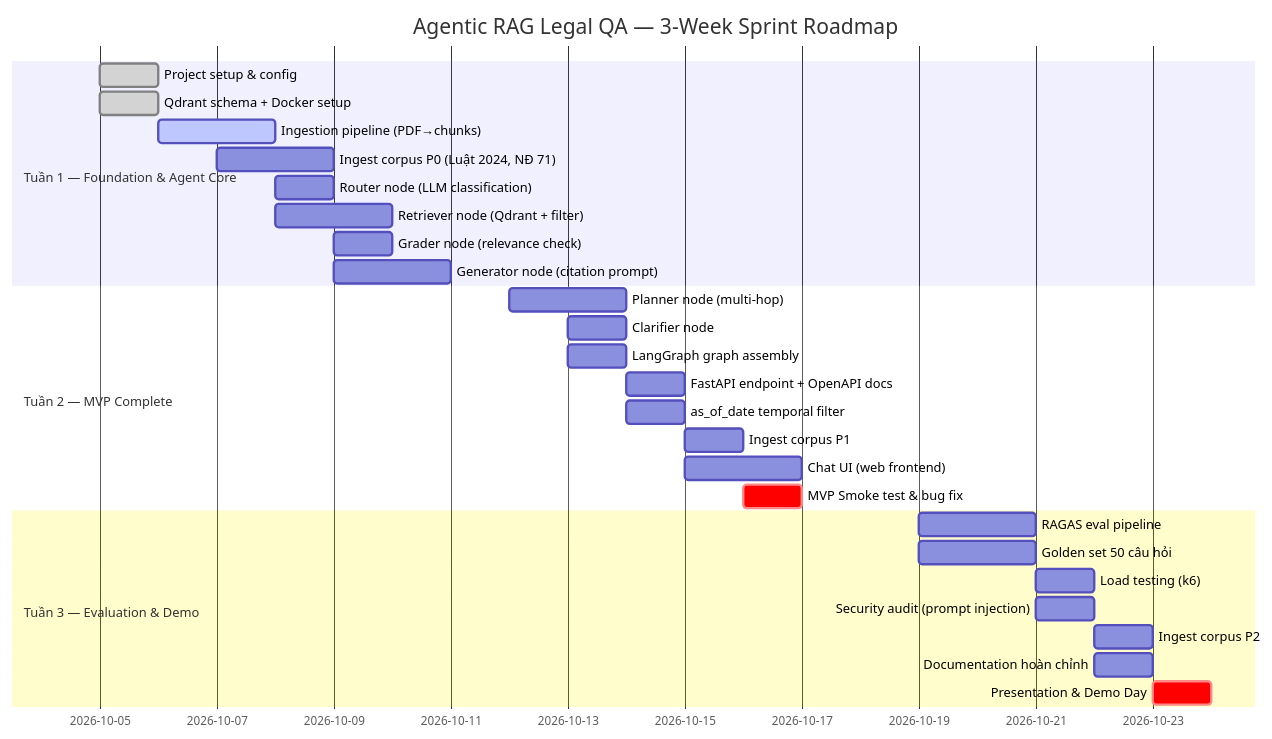
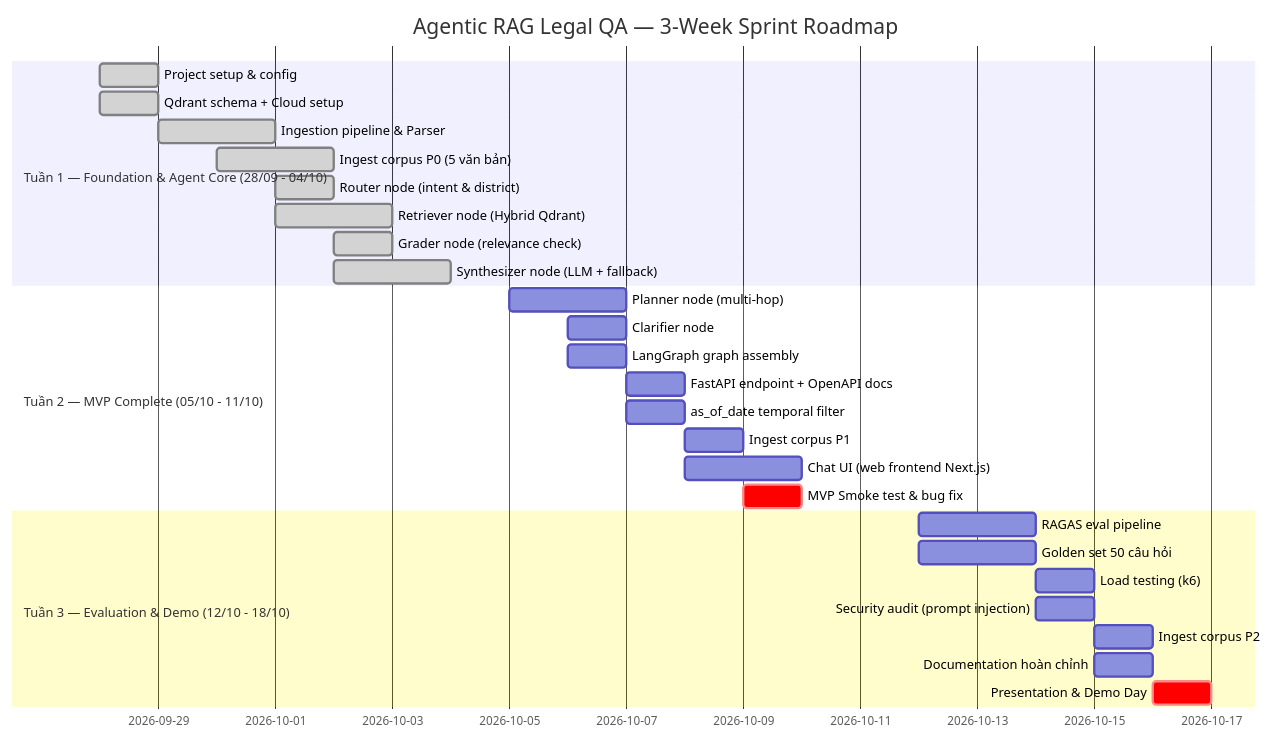
Before and after one commit to dovh25/agentic-rag-legal-qa-hanoi: the fourth of 4 diagrams in docs/PRD.md, drawn with Mermaid. The commit also changed other lines of this file and 2 other files, not shown here.

Commit message:
docs: align sprint roadmap timeline start date to 2026-09-28

````diff
--- a/docs/PRD.md
+++ b/docs/PRD.md
@@ -567,33 +567,33 @@
 ```mermaid
 gantt
     title Agentic RAG Legal QA — 3-Week Sprint Roadmap
     dateFormat  YYYY-MM-DD
-    section Tuần 1 — Foundation & Agent Core
-    Project setup & config           :done,    w1a, 2026-10-05, 1d
-    Qdrant schema + Docker setup     :done,    w1b, 2026-10-05, 1d
-    Ingestion pipeline (PDF→chunks)  :active,  w1c, 2026-10-06, 2d
-    Ingest corpus P0 (Luật 2024, NĐ 71) :      w1d, 2026-10-07, 2d
-    Router node (LLM classification) :         w1e, 2026-10-08, 1d
-    Retriever node (Qdrant + filter) :         w1f, 2026-10-08, 2d
-    Grader node (relevance check)    :         w1g, 2026-10-09, 1d
-    Generator node (citation prompt) :         w1h, 2026-10-09, 2d
+    section Tuần 1 — Foundation & Agent Core (28/09 - 04/10)
+    Project setup & config           :done,    w1a, 2026-09-28, 1d
+    Qdrant schema + Cloud setup      :done,    w1b, 2026-09-28, 1d
+    Ingestion pipeline & Parser      :done,    w1c, 2026-09-29, 2d
+    Ingest corpus P0 (5 văn bản)     :done,    w1d, 2026-09-30, 2d
+    Router node (intent & district)  :done,    w1e, 2026-10-01, 1d
+    Retriever node (Hybrid Qdrant)   :done,    w1f, 2026-10-01, 2d
+    Grader node (relevance check)    :done,    w1g, 2026-10-02, 1d
+    Synthesizer node (LLM + fallback):done,    w1h, 2026-10-02, 2d
 
-    section Tuần 2 — MVP Complete
-    Planner node (multi-hop)         :         w2a, 2026-10-12, 2d
-    Clarifier node                   :         w2b, 2026-10-13, 1d
-    LangGraph graph assembly         :         w2c, 2026-10-13, 1d
-    FastAPI endpoint + OpenAPI docs  :         w2d, 2026-10-14, 1d
-    as_of_date temporal filter       :         w2e, 2026-10-14, 1d
-    Ingest corpus P1                 :         w2f, 2026-10-15, 1d
-    Chat UI (web frontend)           :         w2g, 2026-10-15, 2d
-    MVP Smoke test & bug fix         :crit,    w2h, 2026-10-16, 1d
+    section Tuần 2 — MVP Complete (05/10 - 11/10)
+    Planner node (multi-hop)         :         w2a, 2026-10-05, 2d
+    Clarifier node                   :         w2b, 2026-10-06, 1d
+    LangGraph graph assembly         :         w2c, 2026-10-06, 1d
+    FastAPI endpoint + OpenAPI docs  :         w2d, 2026-10-07, 1d
+    as_of_date temporal filter       :         w2e, 2026-10-07, 1d
+    Ingest corpus P1                 :         w2f, 2026-10-08, 1d
+    Chat UI (web frontend Next.js)   :         w2g, 2026-10-08, 2d
+    MVP Smoke test & bug fix         :crit,    w2h, 2026-10-09, 1d
 
-    section Tuần 3 — Evaluation & Demo
-    RAGAS eval pipeline              :         w3a, 2026-10-19, 2d
-    Golden set 50 câu hỏi           :         w3b, 2026-10-19, 2d
-    Load testing (k6)                :         w3c, 2026-10-21, 1d
-    Security audit (prompt injection):         w3d, 2026-10-21, 1d
-    Ingest corpus P2                 :         w3e, 2026-10-22, 1d
-    Documentation hoàn chỉnh        :         w3f, 2026-10-22, 1d
-    Presentation & Demo Day          :crit,    w3g, 2026-10-23, 1d
+    section Tuần 3 — Evaluation & Demo (12/10 - 18/10)
+    RAGAS eval pipeline              :         w3a, 2026-10-12, 2d
+    Golden set 50 câu hỏi           :         w3b, 2026-10-12, 2d
+    Load testing (k6)                :         w3c, 2026-10-14, 1d
+    Security audit (prompt injection):         w3d, 2026-10-14, 1d
+    Ingest corpus P2                 :         w3e, 2026-10-15, 1d
+    Documentation hoàn chỉnh        :         w3f, 2026-10-15, 1d
+    Presentation & Demo Day          :crit,    w3g, 2026-10-16, 1d
 ```
````
